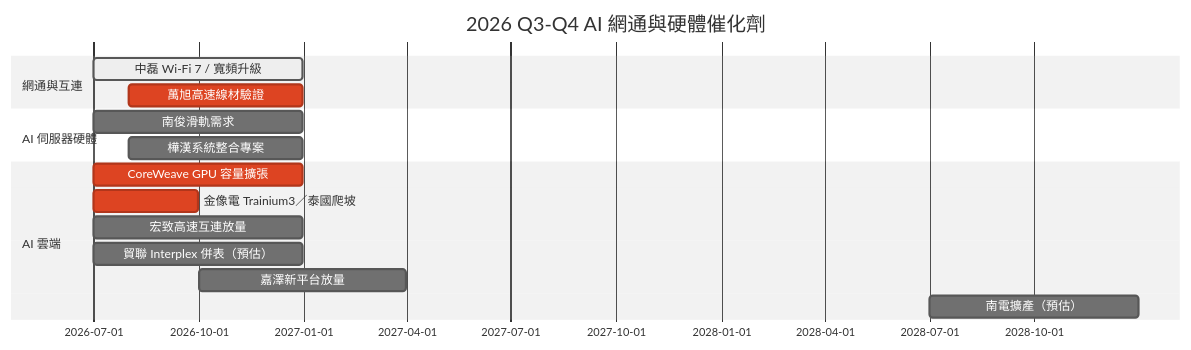
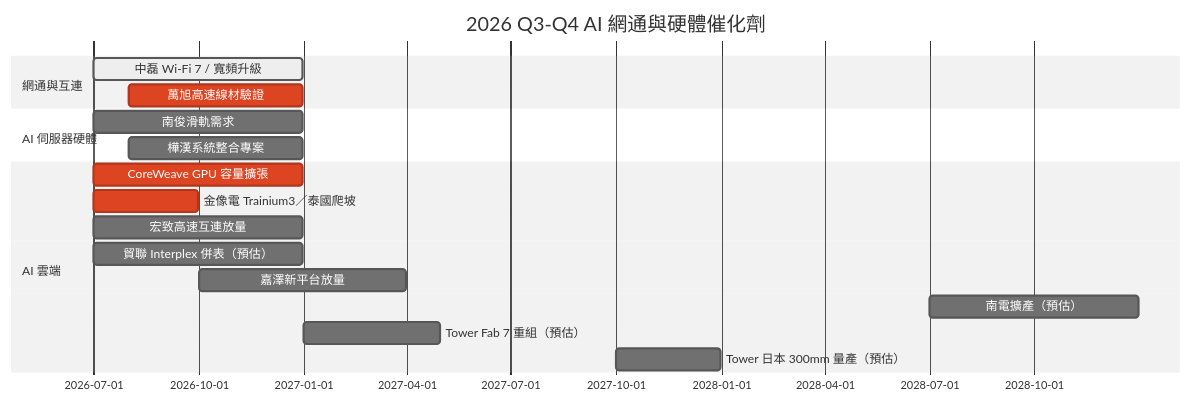
The diagram in content/lib/5.schedule/時程_2026Q3Q4_AI網通與硬體催化劑.md (kevn950324/wiki_Stockv2), drawn with Mermaid (neutral theme) before and after one commit. The commit also changed other lines of this file and 12 other files, not shown here.

````diff
--- a/content/lib/5.schedule/時程_2026Q3Q4_AI網通與硬體催化劑.md
+++ b/content/lib/5.schedule/時程_2026Q3Q4_AI網通與硬體催化劑.md
@@ -35,18 +37,20 @@
 ```mermaid
 gantt
     title 2026 Q3-Q4 AI 網通與硬體催化劑
     dateFormat YYYY-MM-DD
     section 網通與互連
     中磊 Wi-Fi 7 / 寬頻升級 :active, 2026-07-01, 2026-12-31
     萬旭高速線材驗證 :crit, 2026-08-01, 2026-12-31
     section AI 伺服器硬體
     南俊滑軌需求 :2026-07-01, 2026-12-31
     樺漢系統整合專案 :2026-08-01, 2026-12-31
     section AI 雲端
     CoreWeave GPU 容量擴張 :crit, 2026-07-01, 2026-12-31
     金像電 Trainium3／泰國爬坡 :crit, 2026-07-01, 2026-09-30
     宏致高速互連放量 :2026-07-01, 2026-12-31
     貿聯 Interplex 併表（預估） :2026-07-01, 2026-12-31
     嘉澤新平台放量 :2026-10-01, 2027-03-31
     南電擴產（預估） :2028-07-01, 2028-12-31
+    Tower Fab 7 重組（預估） :2027-01-01, 2027-04-30
+    Tower 日本 300mm 量產（預估） :2027-10-01, 2027-12-31
 ```
````
